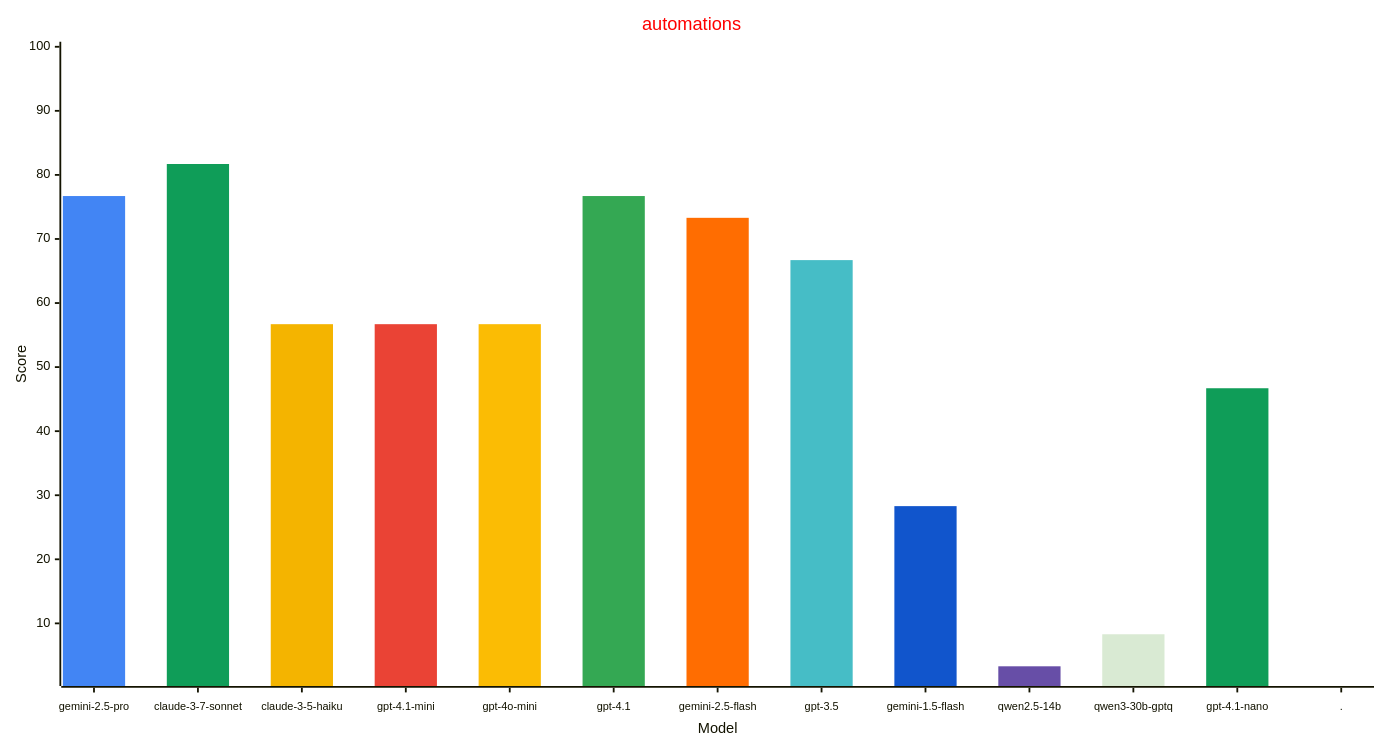
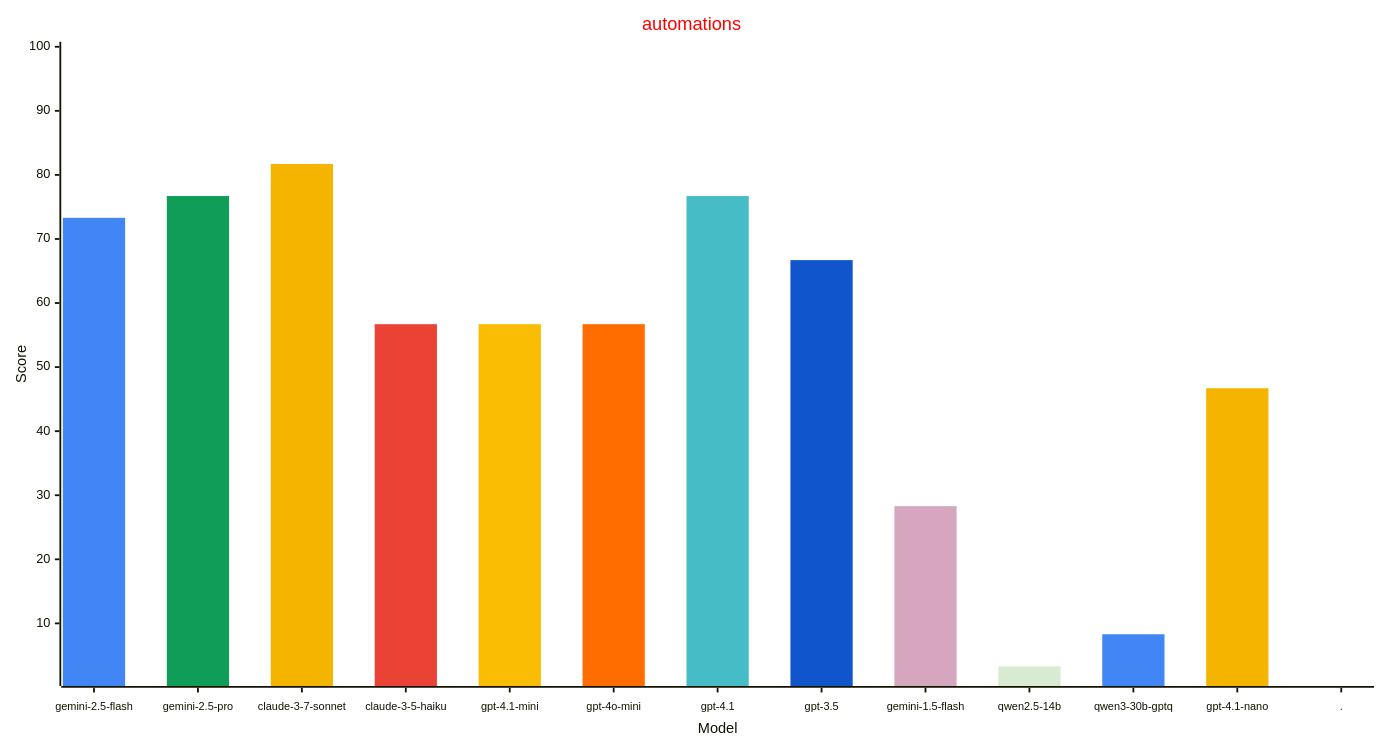
Before and after one commit to allenporter/home-assistant-datasets: the fourth of 4 diagrams in reports/README.md, drawn with Mermaid. The commit also changed other lines of this file, not shown here.

````diff
--- a/reports/README.md
+++ b/reports/README.md
@@ -208,33 +210,33 @@
 ```mermaid
 ---
 config:
     xyChart:
         width: 1500
         height: 800
         xAxis:
           labelFontSize: 12
           labelPadding: 8
     themeVariables:
         xyChart:
             titleColor: "#ff0000"
-            plotColorPalette: "#4285f4, #0f9d58, #f4b400, #ea4335, #fbbc04, #34a853, #ff6d01, #46bdc6, #1155cc, #674ea7, #d9ead3, #0f9d58, #4285f4"
+            plotColorPalette: "#4285f4, #0f9d58, #f4b400, #ea4335, #fbbc04, #ff6d01, #46bdc6, #1155cc, #d5a6bd, #d9ead3, #4285f4, #f4b400, #4285f4"
 
 ---
 xychart-beta
   title "automations"
-  x-axis "Model" [gemini-2.5-pro, claude-3-7-sonnet, claude-3-5-haiku, gpt-4.1-mini, gpt-4o-mini, gpt-4.1, gemini-2.5-flash, gpt-3.5, gemini-1.5-flash, qwen2.5-14b, qwen3-30b-gptq, gpt-4.1-nano, .]
+  x-axis "Model" [gemini-2.5-flash, gemini-2.5-pro, claude-3-7-sonnet, claude-3-5-haiku, gpt-4.1-mini, gpt-4o-mini, gpt-4.1, gpt-3.5, gemini-1.5-flash, qwen2.5-14b, qwen3-30b-gptq, gpt-4.1-nano, .]
   y-axis "Score" 1 --> 100
-  bar [76.7, 0.0, 0.0, 0.0, 0.0, 0.0, 0.0, 0.0, 0.0, 0.0, 0.0, 0.0, 0.0]
-  bar [0.0, 81.7, 0.0, 0.0, 0.0, 0.0, 0.0, 0.0, 0.0, 0.0, 0.0, 0.0, 0.0]
-  bar [0.0, 0.0, 56.7, 0.0, 0.0, 0.0, 0.0, 0.0, 0.0, 0.0, 0.0, 0.0, 0.0]
+  bar [73.3, 0.0, 0.0, 0.0, 0.0, 0.0, 0.0, 0.0, 0.0, 0.0, 0.0, 0.0, 0.0]
+  bar [0.0, 76.7, 0.0, 0.0, 0.0, 0.0, 0.0, 0.0, 0.0, 0.0, 0.0, 0.0, 0.0]
+  bar [0.0, 0.0, 81.7, 0.0, 0.0, 0.0, 0.0, 0.0, 0.0, 0.0, 0.0, 0.0, 0.0]
   bar [0.0, 0.0, 0.0, 56.7, 0.0, 0.0, 0.0, 0.0, 0.0, 0.0, 0.0, 0.0, 0.0]
   bar [0.0, 0.0, 0.0, 0.0, 56.7, 0.0, 0.0, 0.0, 0.0, 0.0, 0.0, 0.0, 0.0]
-  bar [0.0, 0.0, 0.0, 0.0, 0.0, 76.7, 0.0, 0.0, 0.0, 0.0, 0.0, 0.0, 0.0]
-  bar [0.0, 0.0, 0.0, 0.0, 0.0, 0.0, 73.3, 0.0, 0.0, 0.0, 0.0, 0.0, 0.0]
+  bar [0.0, 0.0, 0.0, 0.0, 0.0, 56.7, 0.0, 0.0, 0.0, 0.0, 0.0, 0.0, 0.0]
+  bar [0.0, 0.0, 0.0, 0.0, 0.0, 0.0, 76.7, 0.0, 0.0, 0.0, 0.0, 0.0, 0.0]
   bar [0.0, 0.0, 0.0, 0.0, 0.0, 0.0, 0.0, 66.7, 0.0, 0.0, 0.0, 0.0, 0.0]
   bar [0.0, 0.0, 0.0, 0.0, 0.0, 0.0, 0.0, 0.0, 28.3, 0.0, 0.0, 0.0, 0.0]
   bar [0.0, 0.0, 0.0, 0.0, 0.0, 0.0, 0.0, 0.0, 0.0, 3.3, 0.0, 0.0, 0.0]
   bar [0.0, 0.0, 0.0, 0.0, 0.0, 0.0, 0.0, 0.0, 0.0, 0.0, 8.3, 0.0, 0.0]
   bar [0.0, 0.0, 0.0, 0.0, 0.0, 0.0, 0.0, 0.0, 0.0, 0.0, 0.0, 46.7, 0.0]
   bar [0.0, 0.0, 0.0, 0.0, 0.0, 0.0, 0.0, 0.0, 0.0, 0.0, 0.0, 0.0, -1.0]
 ```
````
